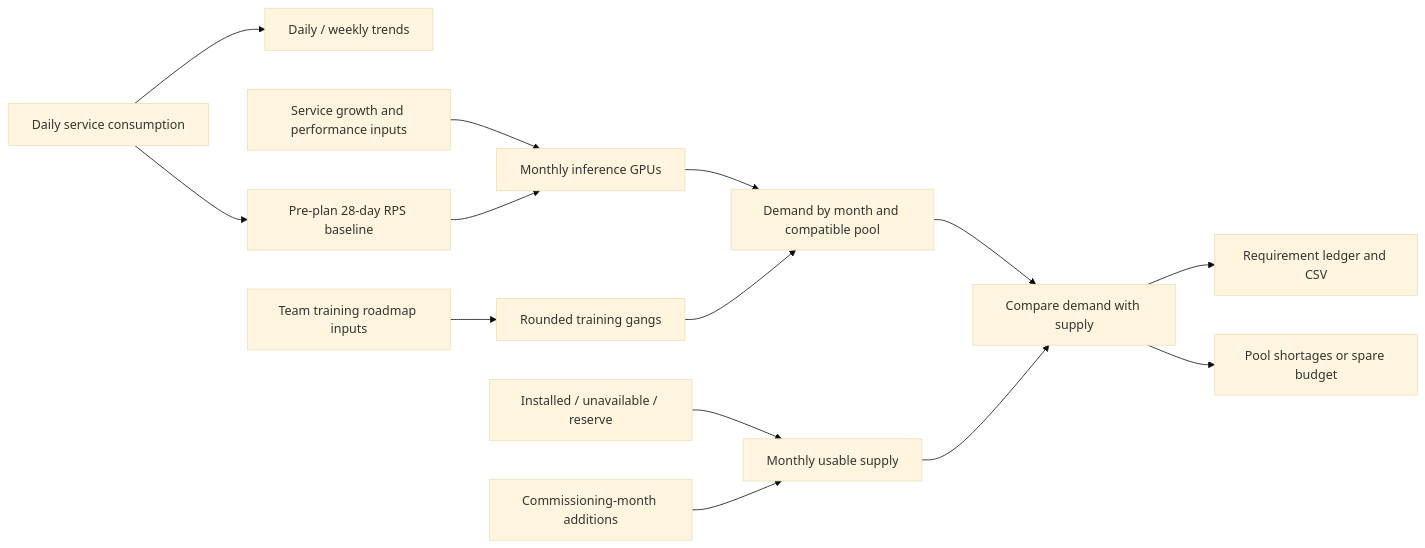
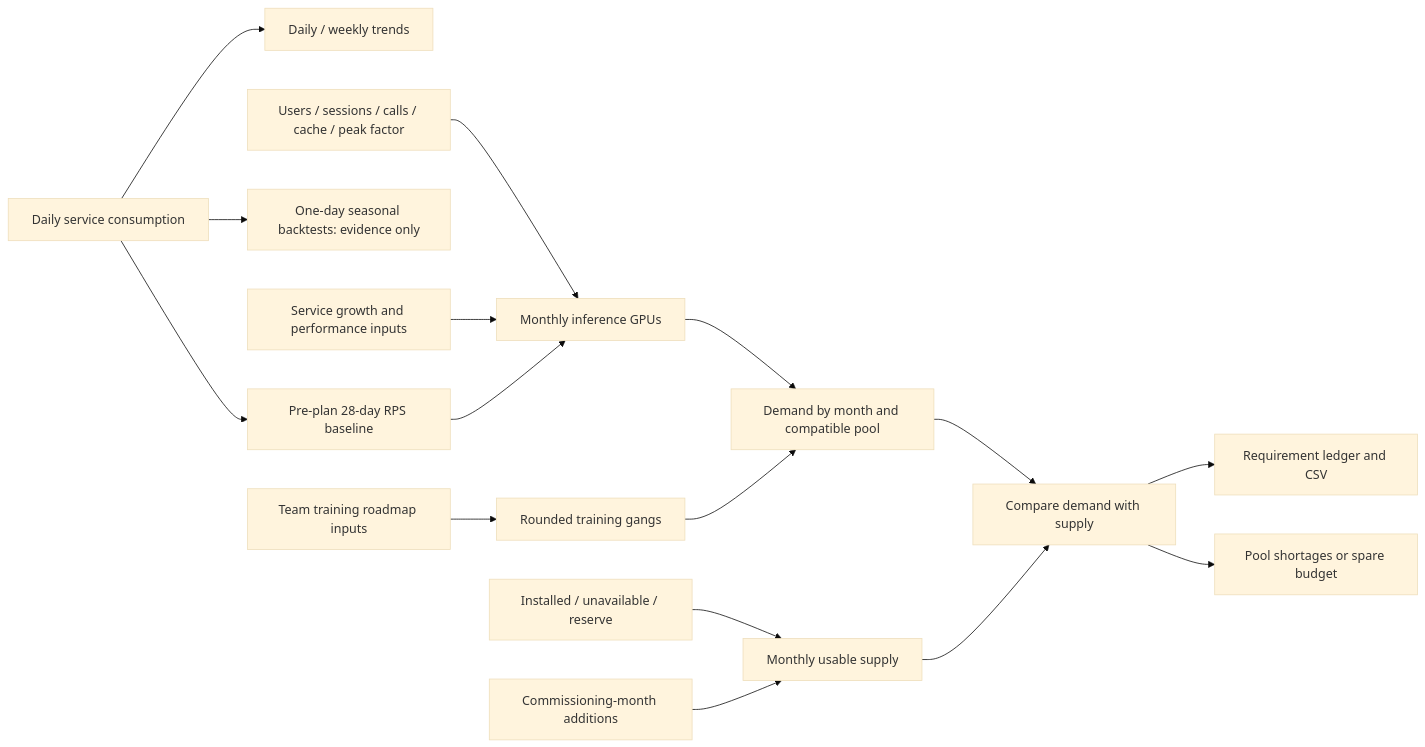
Before and after one commit to samimriaz/gpu-capacity-planner: the first of 3 diagrams in README.md, drawn with Mermaid (base theme). The commit also changed other lines of this file and 4 other files, not shown here.

Commit message:
Add demand drivers, reusable performance profiles and forecast evidence

````diff
--- a/README.md
+++ b/README.md
@@ -88,16 +93,18 @@
 ```mermaid
 flowchart LR
     Records["Daily service consumption"] --> Trends["Daily / weekly trends"]
     Records --> Baseline["Pre-plan 28-day RPS baseline"]
+    Records --> Backtests["One-day seasonal backtests: evidence only"]
+    Drivers["Users / sessions / calls / cache / peak factor"] --> Inference
     Profiles["Service growth and performance inputs"] --> Inference["Monthly inference GPUs"]
     Baseline --> Inference
     Roadmap["Team training roadmap inputs"] --> Training["Rounded training gangs"]
     Inference --> Demand["Demand by month and compatible pool"]
     Training --> Demand
     Inventory["Installed / unavailable / reserve"] --> Supply["Monthly usable supply"]
     Additions["Commissioning-month additions"] --> Supply
     Demand --> Compare["Compare demand with supply"]
     Supply --> Compare
     Compare --> Ledger["Requirement ledger and CSV"]
     Compare --> Gaps["Pool shortages or spare budget"]
 ```
````
